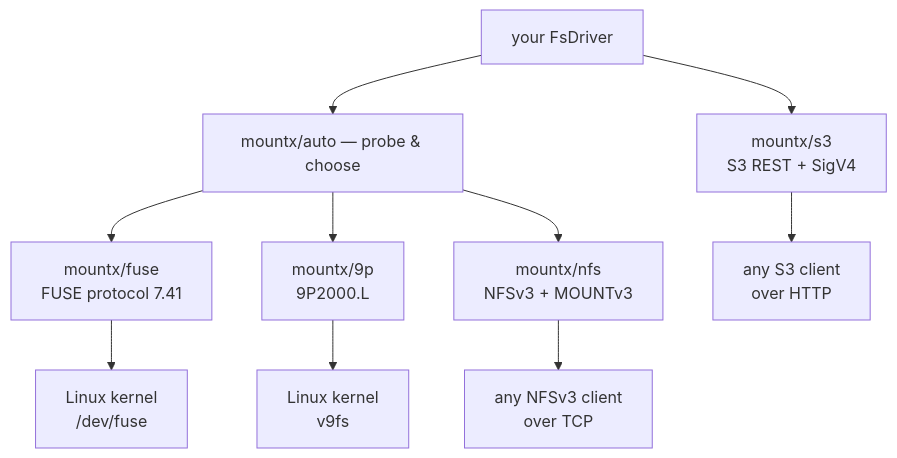
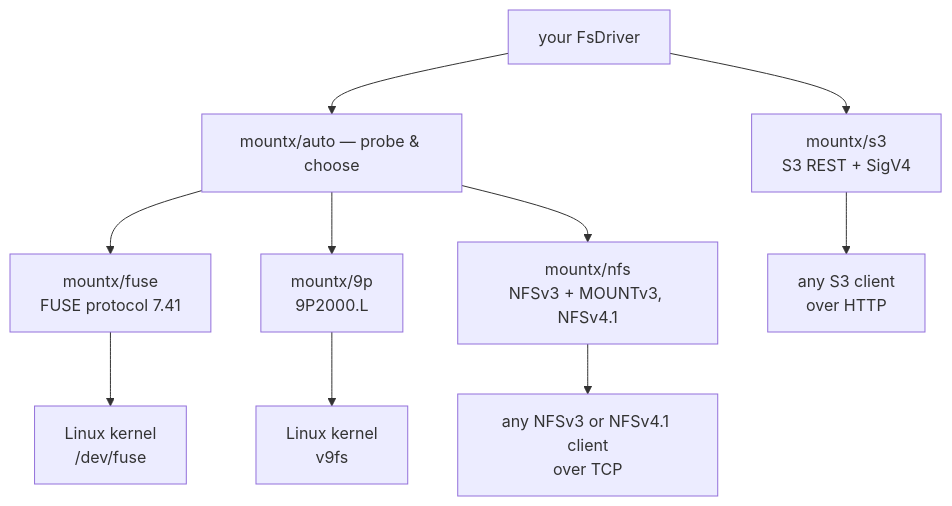
The diagram in docs/2.transports/0.index.md (pithings/mountx), drawn with Mermaid before and after one commit. The commit also changed other lines of this file and 58 other files, not shown here.

First line of the commit message:
feat(nfs): NFSv4.1 alongside NFSv3 (#7)

````diff
--- a/docs/2.transports/0.index.md
+++ b/docs/2.transports/0.index.md
@@ -12,22 +12,22 @@
 ```mermaid
 graph TB
   driver["your FsDriver"]
   auto["mountx/auto — probe & choose"]
   fuse["mountx/fuse<br/>FUSE protocol 7.41"]
   p9["mountx/9p<br/>9P2000.L"]
-  nfs["mountx/nfs<br/>NFSv3 + MOUNTv3"]
+  nfs["mountx/nfs<br/>NFSv3 + MOUNTv3, NFSv4.1"]
   klinux["Linux kernel<br/>/dev/fuse"]
   kv9fs["Linux kernel<br/>v9fs"]
-  knfs["any NFSv3 client<br/>over TCP"]
+  knfs["any NFSv3 or NFSv4.1 client<br/>over TCP"]
   s3["mountx/s3<br/>S3 REST + SigV4"]
   ks3["any S3 client<br/>over HTTP"]
   driver --> auto
   driver --> s3
   auto --> fuse
   auto --> p9
   auto --> nfs
   fuse --> klinux
   p9 --> kv9fs
   nfs --> knfs
   s3 --> ks3
 ```
````
